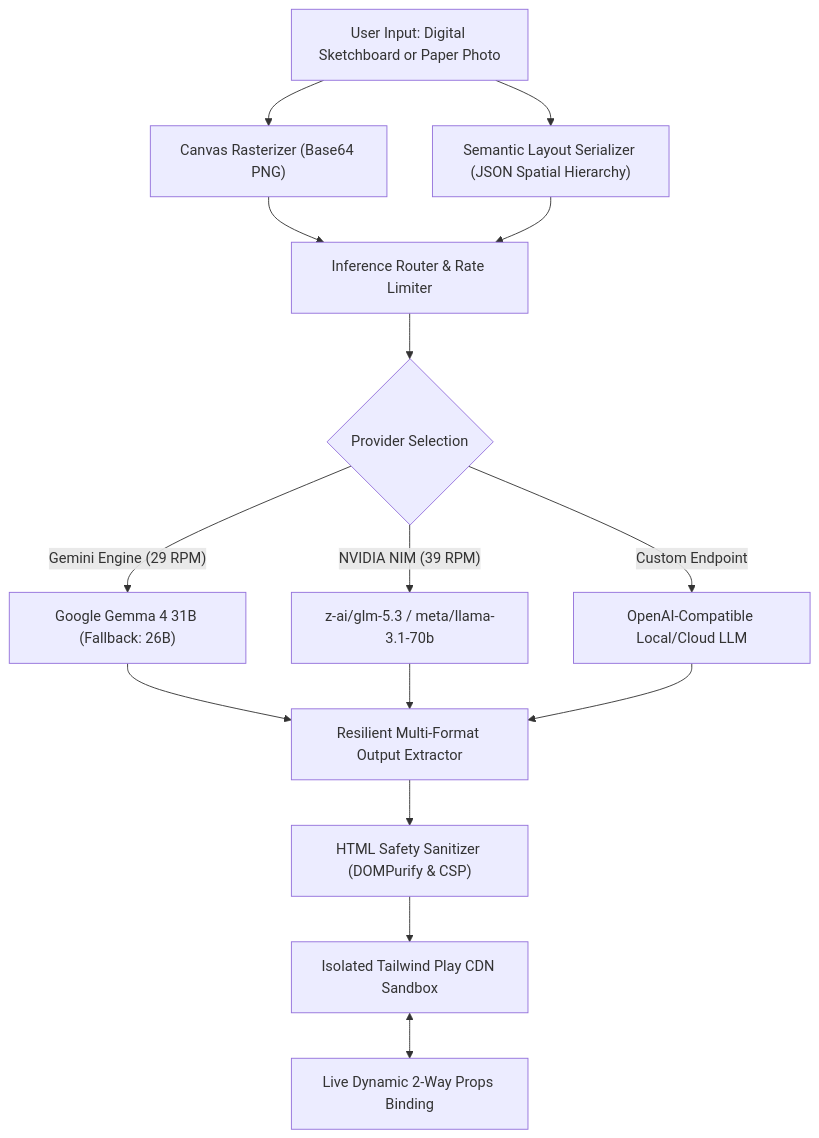
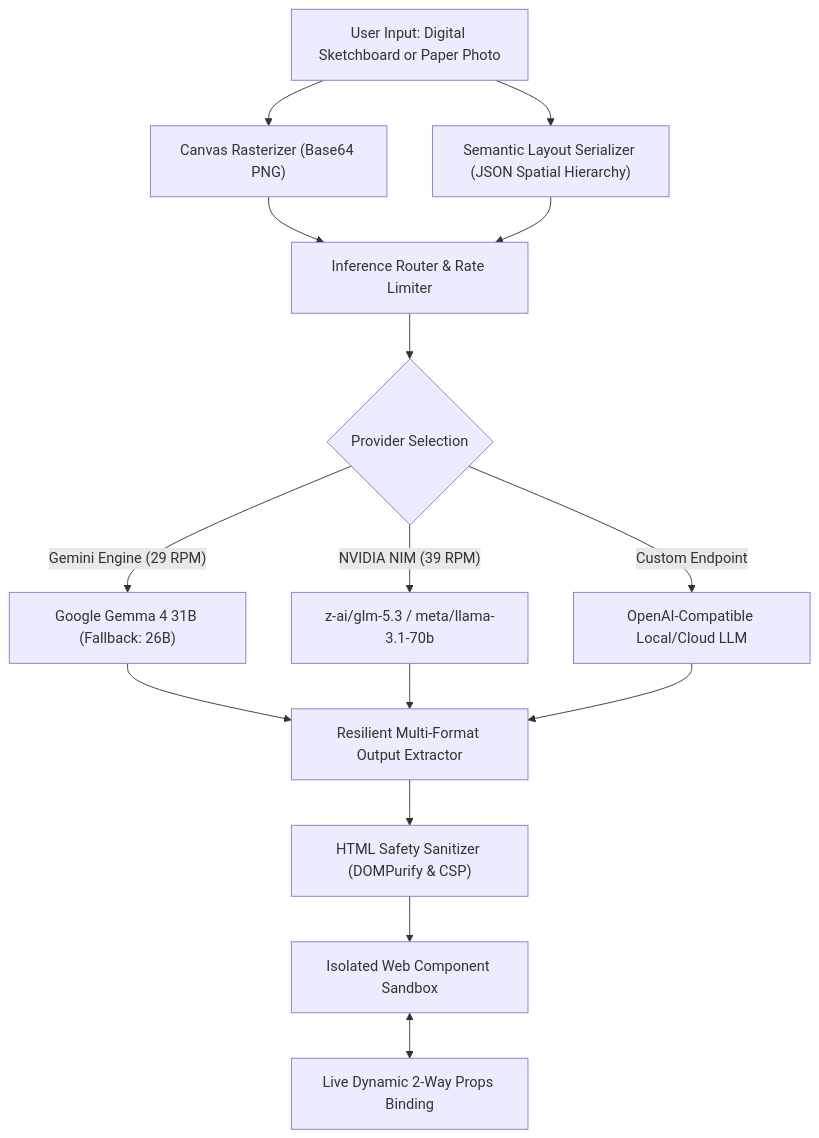
Before and after one commit to Pierce05/sketch-to-kernel: the diagram in README.md, drawn with Mermaid. The commit also changed other lines of this file and 11 other files, not shown here.

Commit message:
refactor: replace Tailwind references with Web Components across the entire project (closes #50)

````diff
--- a/README.md
+++ b/README.md
@@ -66,17 +66,17 @@
 ```mermaid
 flowchart TD
     A["User Input: Digital Sketchboard or Paper Photo"] --> B["Canvas Rasterizer (Base64 PNG)"]
     A --> C["Semantic Layout Serializer (JSON Spatial Hierarchy)"]
     B --> D["Inference Router & Rate Limiter"]
     C --> D
     D --> E{"Provider Selection"}
     E -->|"Gemini Engine (29 RPM)"| F["Google Gemma 4 31B (Fallback: 26B)"]
     E -->|"NVIDIA NIM (39 RPM)"| G["z-ai/glm-5.3 / meta/llama-3.1-70b"]
     E -->|"Custom Endpoint"| H["OpenAI-Compatible Local/Cloud LLM"]
     F --> I["Resilient Multi-Format Output Extractor"]
     G --> I
     H --> I
     I --> J["HTML Safety Sanitizer (DOMPurify & CSP)"]
-    J --> K["Isolated Tailwind Play CDN Sandbox"]
+    J --> K["Isolated Web Component Sandbox"]
     K <--> L["Live Dynamic 2-Way Props Binding"]
 ```
````
